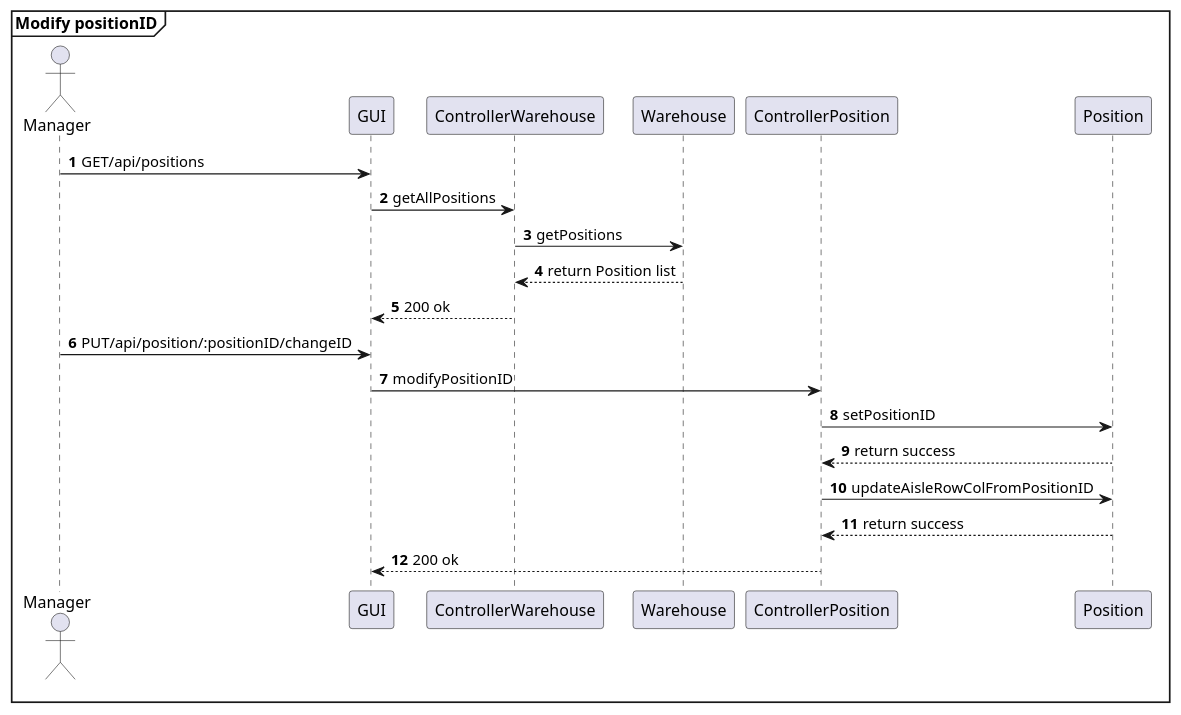
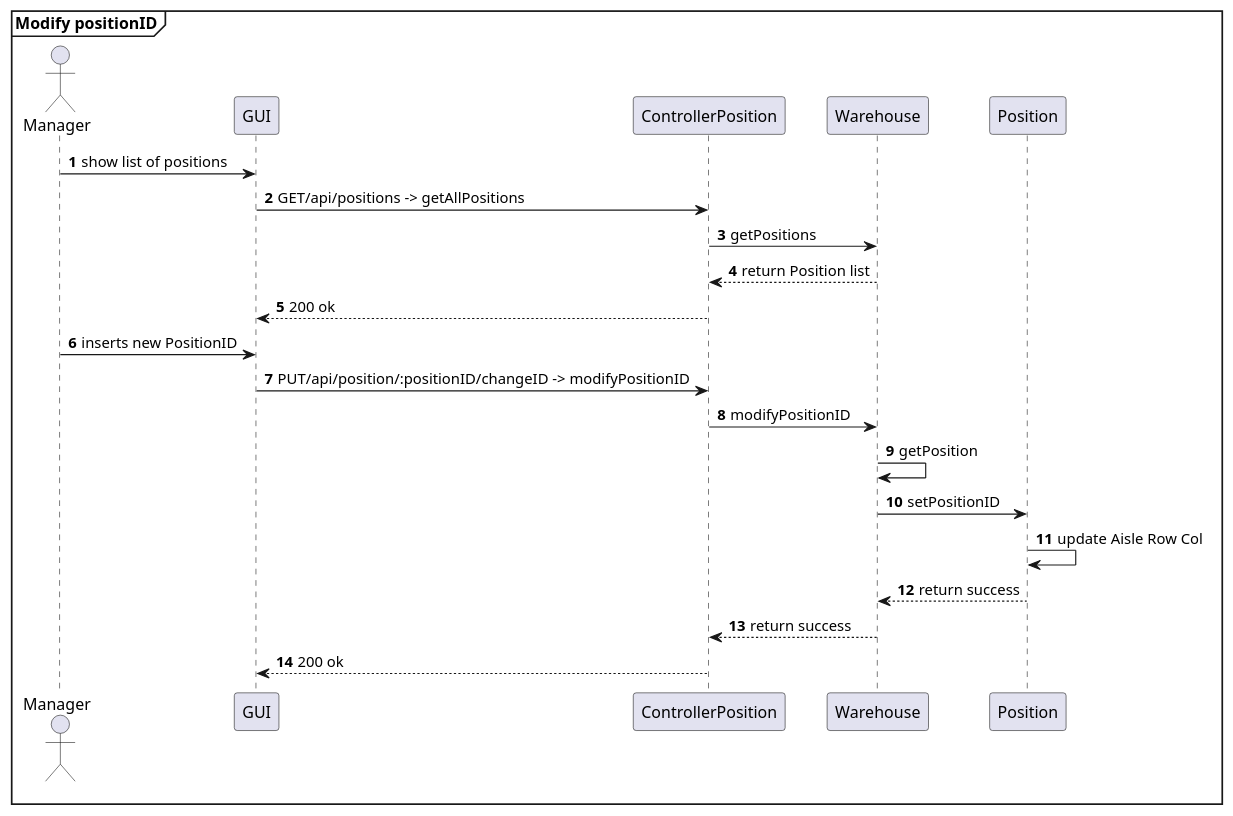
One commit to AlexZampa/EzWh changed the seventh of 29 diagrams in DesignDocument.md. Above: the diagram before and after it, drawn with PlantUML. The commit also changed other lines of this file, not shown here.

````diff
--- a/DesignDocument.md
+++ b/DesignDocument.md
@@ -608,26 +618,27 @@
 ```plantuml
 mainframe **Modify positionID**
 actor Manager
 participant GUI
-participant ControllerWarehouse
+participant ControllerPosition
 participant Warehouse
-participant ControllerPosition
 participant Position
 
 autonumber
-Manager -> GUI : GET/api/positions
-GUI -> ControllerWarehouse : getAllPositions
-ControllerWarehouse -> Warehouse : getPositions
-ControllerWarehouse <-- Warehouse : return Position list
-GUI <-- ControllerWarehouse : 200 ok
+Manager -> GUI : show list of positions
+GUI -> ControllerPosition : GET/api/positions -> getAllPositions
+ControllerPosition -> Warehouse : getPositions
+ControllerPosition <-- Warehouse : return Position list
+GUI <-- ControllerPosition : 200 ok
 
-Manager -> GUI : PUT/api/position/:positionID/changeID
-GUI -> ControllerPosition : modifyPositionID
-ControllerPosition -> Position : setPositionID
-ControllerPosition <-- Position : return success
-ControllerPosition -> Position : updateAisleRowColFromPositionID
-ControllerPosition <-- Position : return success
+Manager -> GUI : inserts new PositionID
+GUI -> ControllerPosition : PUT/api/position/:positionID/changeID -> modifyPositionID
+ControllerPosition -> Warehouse : modifyPositionID
+Warehouse -> Warehouse : getPosition
+Warehouse -> Position : setPositionID
+Position -> Position : update Aisle Row Col
+Warehouse <-- Position : return success
+ControllerPosition <-- Warehouse : return success
 GUI <-- ControllerPosition : 200 ok
 
 @enduml
 ```
````
